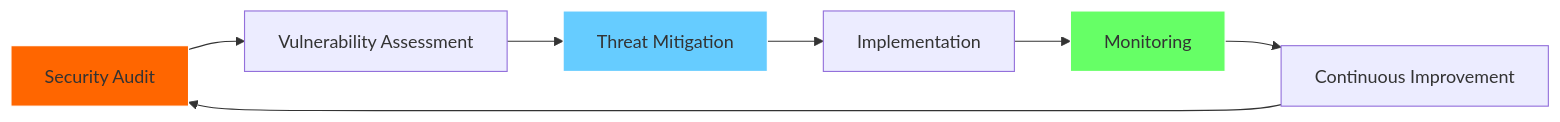
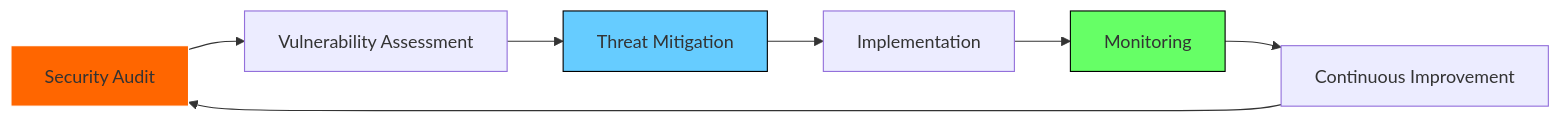
Before and after one commit to atyinfosec/atyinfosec: the diagram in README.MD, drawn with Mermaid.

Commit message:
Committed at 2025-01-03 09:36:18 PM

````diff
--- a/README.MD
+++ b/README.MD
@@ -16,12 +16,12 @@
 ```mermaid
 graph LR
 A[Security Audit] --> B[Vulnerability Assessment]
 B --> C[Threat Mitigation]
 C --> D[Implementation]
 D --> E[Monitoring]
 E --> F[Continuous Improvement]
 F --> A
 style A fill:#ff6600,stroke:#ffffff
-style C fill:#66ccff,stroke:#ffffff
-style E fill:#66ff66,stroke:#ffffff
+style C fill:#66ccff,stroke:#000000
+style E fill:#66ff66,stroke:#000000
 ```
````
